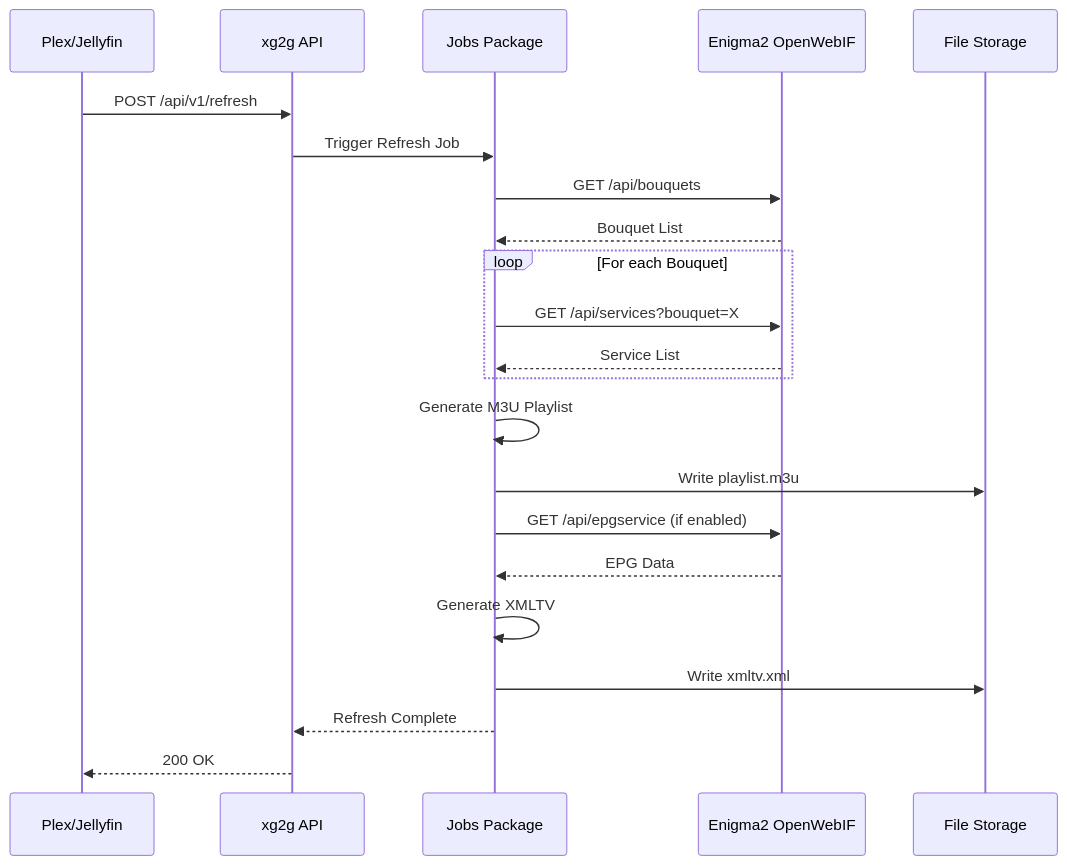
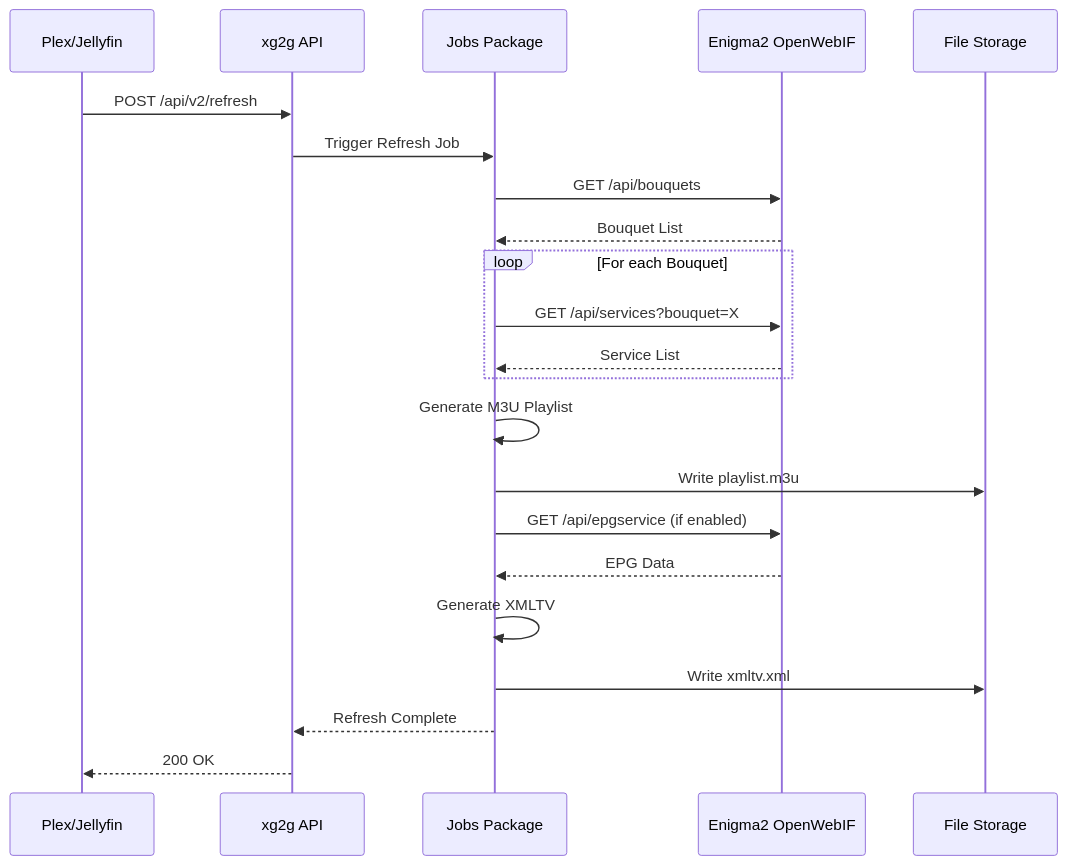
One commit to ManuGH/xg2g changed the third of 4 diagrams in docs/ARCHITECTURE.md. Above: the diagram before and after it, drawn with Mermaid. The commit also changed other lines of this file and 28 other files, not shown here.

````diff
--- a/docs/ARCHITECTURE.md
+++ b/docs/ARCHITECTURE.md
@@ -223,25 +223,25 @@
 ```mermaid
 sequenceDiagram
     participant Client as Plex/Jellyfin
     participant API as xg2g API
     participant Jobs as Jobs Package
     participant OWI as Enigma2 OpenWebIF
     participant Storage as File Storage
 
-    Client->>API: POST /api/v1/refresh
+    Client->>API: POST /api/v2/refresh
     API->>Jobs: Trigger Refresh Job
     Jobs->>OWI: GET /api/bouquets
     OWI-->>Jobs: Bouquet List
     loop For each Bouquet
         Jobs->>OWI: GET /api/services?bouquet=X
         OWI-->>Jobs: Service List
     end
     Jobs->>Jobs: Generate M3U Playlist
     Jobs->>Storage: Write playlist.m3u
     Jobs->>OWI: GET /api/epgservice (if enabled)
     OWI-->>Jobs: EPG Data
     Jobs->>Jobs: Generate XMLTV
     Jobs->>Storage: Write xmltv.xml
     Jobs-->>API: Refresh Complete
     API-->>Client: 200 OK
 ```
````
